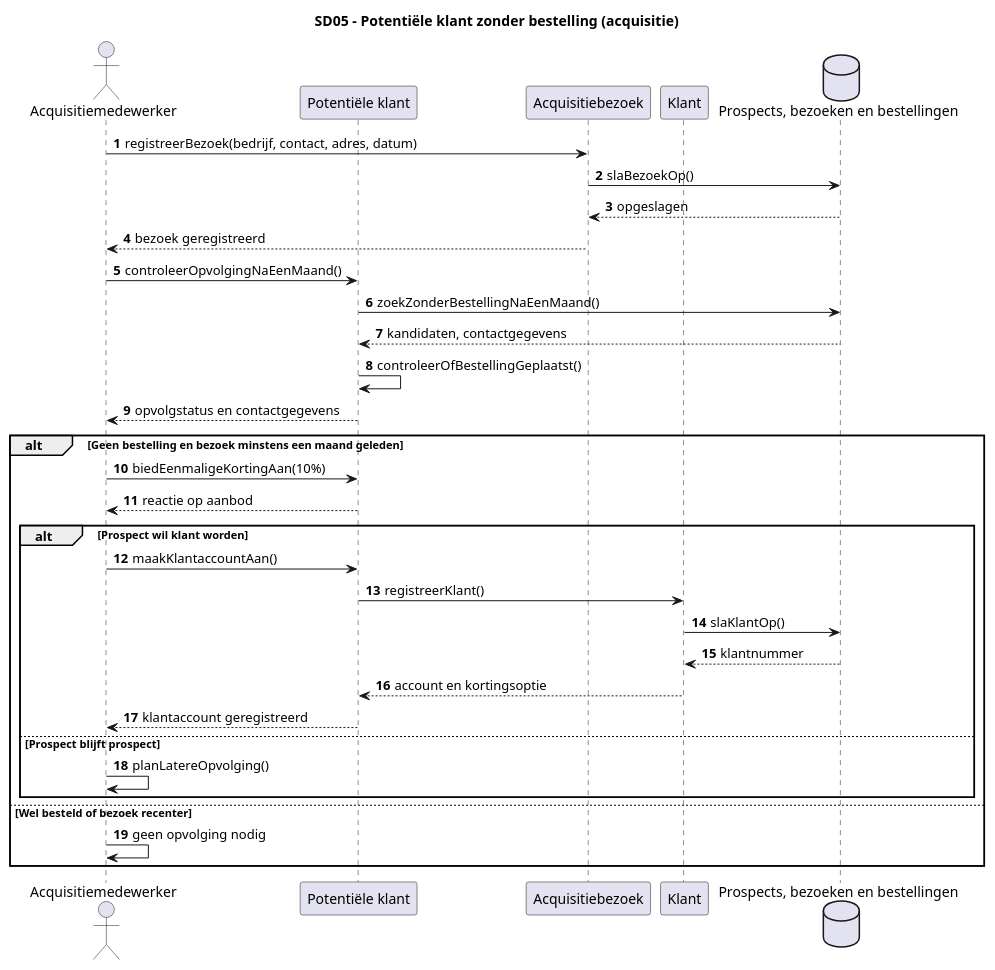
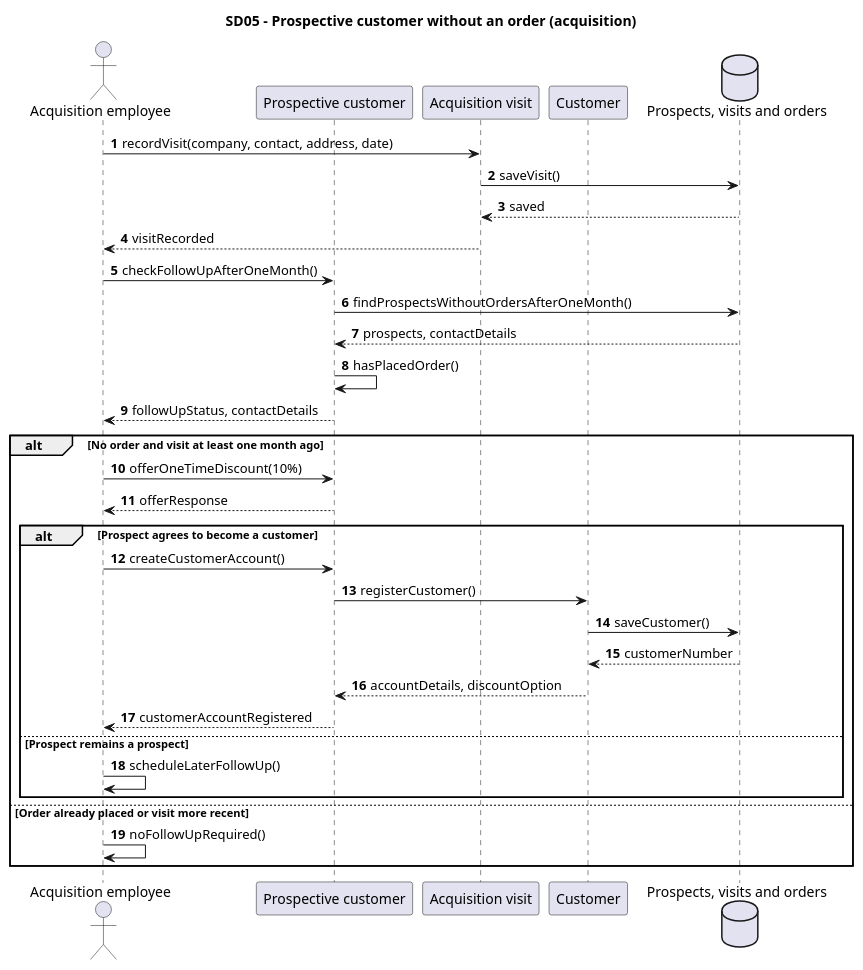
Before and after one commit to ViktorQorri/Project-Timaflu: the diagram in Documentation/Architecture/uml/src/sequence_diagrams/SD05_PotentieleKlantGeenBestelling.puml, drawn with PlantUML. The commit also changed 9 other files, not shown here.

Commit message:
Use English throughout sequence diagrams

```diff
--- a/Documentation/Architecture/uml/src/sequence_diagrams/SD05_PotentieleKlantGeenBestelling.puml
+++ b/Documentation/Architecture/uml/src/sequence_diagrams/SD05_PotentieleKlantGeenBestelling.puml
@@ -1,35 +1,36 @@
 @startuml
-title SD05 - Potentiële klant zonder bestelling (acquisitie)
+title SD05 - Prospective customer without an order (acquisition)
 autonumber
-actor "Acquisitiemedewerker" as M
-participant "Potentiële klant" as P
-participant "Acquisitiebezoek" as V
-participant "Klant" as K
-database "Prospects, bezoeken en bestellingen" as DB
 
-M -> V: registreerBezoek(bedrijf, contact, adres, datum)
-V -> DB: slaBezoekOp()
-DB --> V: opgeslagen
-V --> M: bezoek geregistreerd
-M -> P: controleerOpvolgingNaEenMaand()
-P -> DB: zoekZonderBestellingNaEenMaand()
-DB --> P: kandidaten, contactgegevens
-P -> P: controleerOfBestellingGeplaatst()
-P --> M: opvolgstatus en contactgegevens
-alt Geen bestelling en bezoek minstens een maand geleden
-  M -> P: biedEenmaligeKortingAan(10%)
-  P --> M: reactie op aanbod
-  alt Prospect wil klant worden
-    M -> P: maakKlantaccountAan()
-    P -> K: registreerKlant()
-    K -> DB: slaKlantOp()
-    DB --> K: klantnummer
-    K --> P: account en kortingsoptie
-    P --> M: klantaccount geregistreerd
-  else Prospect blijft prospect
-    M -> M: planLatereOpvolging()
+actor "Acquisition employee" as M
+participant "Prospective customer" as P
+participant "Acquisition visit" as V
+participant "Customer" as K
+database "Prospects, visits and orders" as DB
+
+M -> V: recordVisit(company, contact, address, date)
+V -> DB: saveVisit()
+DB --> V: saved
+V --> M: visitRecorded
+M -> P: checkFollowUpAfterOneMonth()
+P -> DB: findProspectsWithoutOrdersAfterOneMonth()
+DB --> P: prospects, contactDetails
+P -> P: hasPlacedOrder()
+P --> M: followUpStatus, contactDetails
+alt No order and visit at least one month ago
+  M -> P: offerOneTimeDiscount(10%)
+  P --> M: offerResponse
+  alt Prospect agrees to become a customer
+    M -> P: createCustomerAccount()
+    P -> K: registerCustomer()
+    K -> DB: saveCustomer()
+    DB --> K: customerNumber
+    K --> P: accountDetails, discountOption
+    P --> M: customerAccountRegistered
+  else Prospect remains a prospect
+    M -> M: scheduleLaterFollowUp()
   end
-else Wel besteld of bezoek recenter
-  M -> M: geen opvolging nodig
+else Order already placed or visit more recent
+  M -> M: noFollowUpRequired()
 end
 @enduml
```
